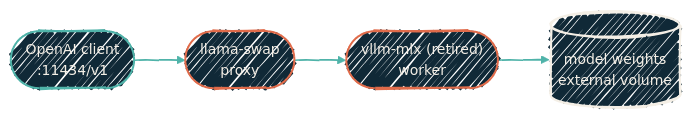
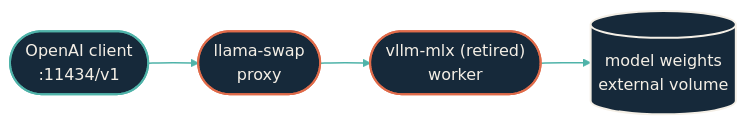
The diagram in local-llm/apple-silicon.mdx (dryvist/docs), drawn with Mermaid before and after one commit. The commit also changed other lines of this file and 116 other files, not shown here.

````diff
--- a/local-llm/apple-silicon.mdx
+++ b/local-llm/apple-silicon.mdx
@@ -35,21 +35,24 @@
 ```mermaid
-%%{init:
-  {'theme':'base','look':'handDrawn','themeVariables':{'fontFamily':'Geist','fontSize':'14px','primaryColor':'#102937','primaryTextColor':'#F4EFE6','primaryBorderColor':'#4FB3A9','lineColor':'#4FB3A9','secondaryColor':'#0B1D2A','tertiaryColor':'#1A2A38','clusterBkg':'rgba(79,179,169,0.08)','clusterBorder':'#4FB3A9'}}}%%
-  flowchart LR
+%%{init: {"theme":"base","look":"handDrawn","themeVariables":{"primaryColor":"#123a36","primaryTextColor":"#f4efe6","primaryBorderColor":"#4fb3a9","lineColor":"#4fb3a9","secondaryColor":"#0b1d2a","tertiaryColor":"#16293a","clusterBkg":"#08151f","clusterBorder":"#4fb3a9","fontFamily":"'Geist Sans', system-ui, -apple-system, BlinkMacSystemFont, 'Segoe UI', Roboto, sans-serif","fontSize":"14px"}}}%%
+flowchart LR
+  classDef src fill:#16293a,stroke:#e06b4a,stroke-width:2px,color:#f4efe6;
+  classDef ai fill:#16293a,stroke:#e06b4a,stroke-width:2px,color:#f4efe6;
+  classDef gate fill:#16293a,stroke:#e06b4a,stroke-width:2.5px,color:#f4efe6;
+  classDef hop fill:#16293a,stroke:#4fb3a9,stroke-width:2px,color:#f4efe6;
+  classDef host fill:#16293a,stroke:#4fb3a9,stroke-width:2px,color:#f4efe6;
+  classDef sink fill:#16293a,stroke:#f4efe6,stroke-width:2px,color:#f4efe6;
+  classDef auto fill:#16293a,stroke:#f4efe6,stroke-width:1.5px,color:#f4efe6;
+  classDef external fill:#16293a,stroke:#e6b35a,stroke-width:2px,color:#f4efe6;
   Caller([OpenAI client<br/>:11434/v1])
   Swap([llama-swap<br/>proxy])
   Worker(["vllm-mlx (retired)<br/>worker"])
   Weights[(model weights<br/>external volume)]
 
   Caller --> Swap --> Worker --> Weights
 
-  classDef host fill:#102937,stroke:#4FB3A9,stroke-width:2px,color:#F4EFE6;
-  classDef ai   fill:#102937,stroke:#E06B4A,stroke-width:2px,color:#F4EFE6;
-  classDef sink fill:#102937,stroke:#F4EFE6,stroke-width:2px,color:#F4EFE6;
-
   class Caller host
   class Swap,Worker ai
   class Weights sink
 
   linkStyle default stroke:#4FB3A9,stroke-width:1.5px;
 ```
````
